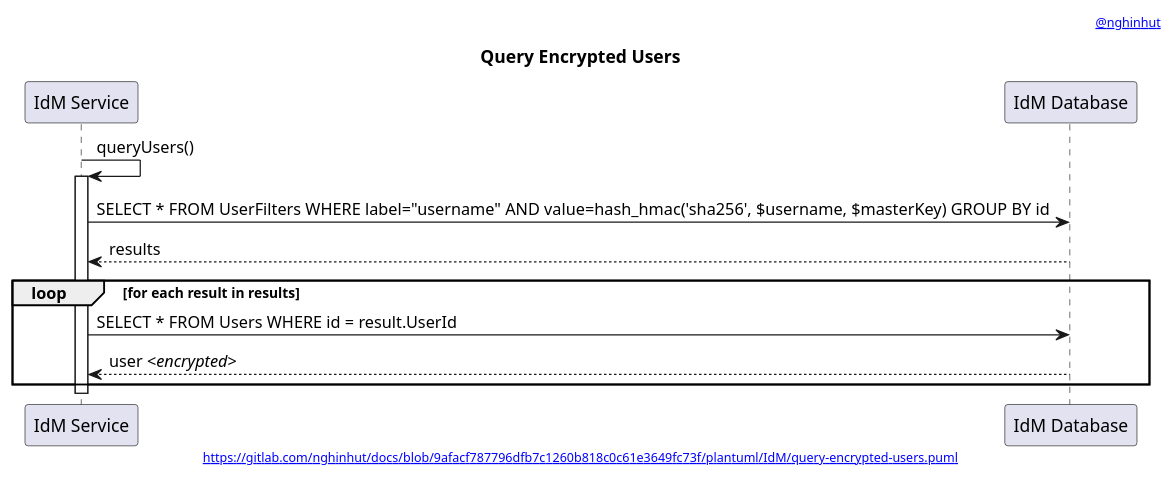
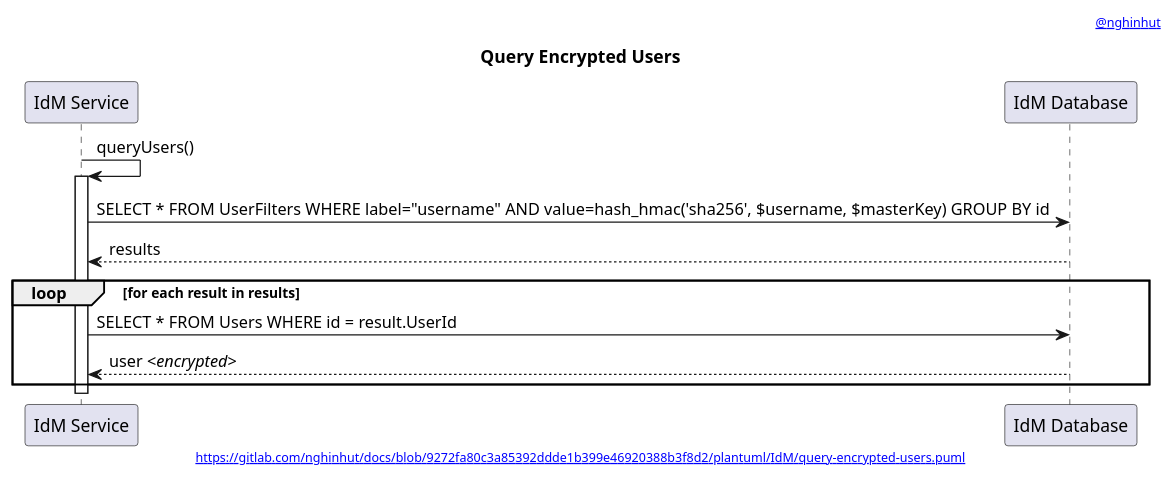
One commit to nghinhut/docs changed the diagram in plantuml/IdM/query-encrypted-users.function.puml. Above: the diagram before and after it, drawn with PlantUML. The commit also changed 25 other files, not shown here.

```diff
--- a/plantuml/IdM/query-encrypted-users.function.puml
+++ b/plantuml/IdM/query-encrypted-users.function.puml
@@ -1,22 +1,22 @@
 @startuml
 '-----START auto generated metadata please keep comment here to allow auto update-----
 '-----DON'T EDIT THIS SECTION, INSTEAD RE-RUN prebuild.sh TO UPDATE-----
-header [[https://www.nghinhut.dev?from=http%5C%3A%5C%2F%5C%2Fwww%5C.plantuml%5C.com%5C%2Fplantuml%5C%2Fproxy%3Ffmt%3Dsvg%5C%26src%3Dhttps%5C%3A%5C%2F%5C%2Fgitlab%5C.com%5C%2Fnghinhut%5C%2Fdocs%5C%2Fraw%5C%2F9afacf787796dfb7c1260b818c0c61e3649fc73f%5C%2Fplantuml%5C%2FIdM%5C%2Fquery-encrypted-users%5C.puml%0A @nghinhut]]
-footer [[http://www.plantuml.com/plantuml/proxy?fmt=svg&src=https://gitlab.com/nghinhut/docs/raw/9afacf787796dfb7c1260b818c0c61e3649fc73f/plantuml/IdM/query-encrypted-users.puml https://gitlab.com/nghinhut/docs/blob/9afacf787796dfb7c1260b818c0c61e3649fc73f/plantuml/IdM/query-encrypted-users.puml]]
+header [[https://www.nghinhut.dev?from=http%5C%3A%5C%2F%5C%2Fwww%5C.plantuml%5C.com%5C%2Fplantuml%5C%2Fproxy%3Ffmt%3Dsvg%5C%26src%3Dhttps%5C%3A%5C%2F%5C%2Fgitlab%5C.com%5C%2Fnghinhut%5C%2Fdocs%5C%2Fraw%5C%2F9272fa80c3a85392ddde1b399e46920388b3f8d2%5C%2Fplantuml%5C%2FIdM%5C%2Fquery-encrypted-users%5C.puml%0A @nghinhut]]
+footer [[http://www.plantuml.com/plantuml/proxy?fmt=svg&src=https://gitlab.com/nghinhut/docs/raw/9272fa80c3a85392ddde1b399e46920388b3f8d2/plantuml/IdM/query-encrypted-users.puml https://gitlab.com/nghinhut/docs/blob/9272fa80c3a85392ddde1b399e46920388b3f8d2/plantuml/IdM/query-encrypted-users.puml]]
 '-----END auto generated metadata please keep comment here to allow auto update-----
 title Query Encrypted Users
 
 participant "IdM Service" as idm
 participant "IdM Database" as db
 
 idm -> idm : queryUsers()
 activate idm
     idm -> db : SELECT * FROM UserFilters WHERE label="username" AND value=hash_hmac('sha256', $username, $masterKey) GROUP BY id
     idm <-- db : results
 
     loop for each result in results
         idm -> db : SELECT * FROM Users WHERE id = result.UserId
         idm <-- db : user <//encrypted//>
     end
 deactivate idm
 @enduml
```
